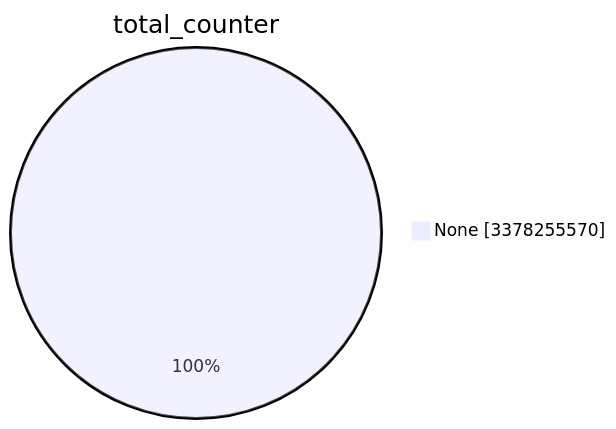
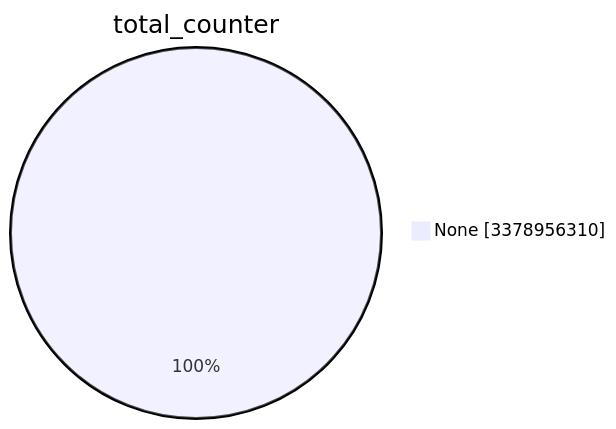
One commit to christiankrug/ctmonitor_visualization changed the first of 15 diagrams in TOTAL/README.md. Above: the diagram before and after it, drawn with Mermaid. The commit also changed other lines of this file, not shown here.

````diff
--- a/TOTAL/README.md
+++ b/TOTAL/README.md
@@ -1,5 +1,5 @@
 ```mermaid
 pie showData
 title total_counter
-"None" :3378255570
+"None" :3378956310
 ```
````
